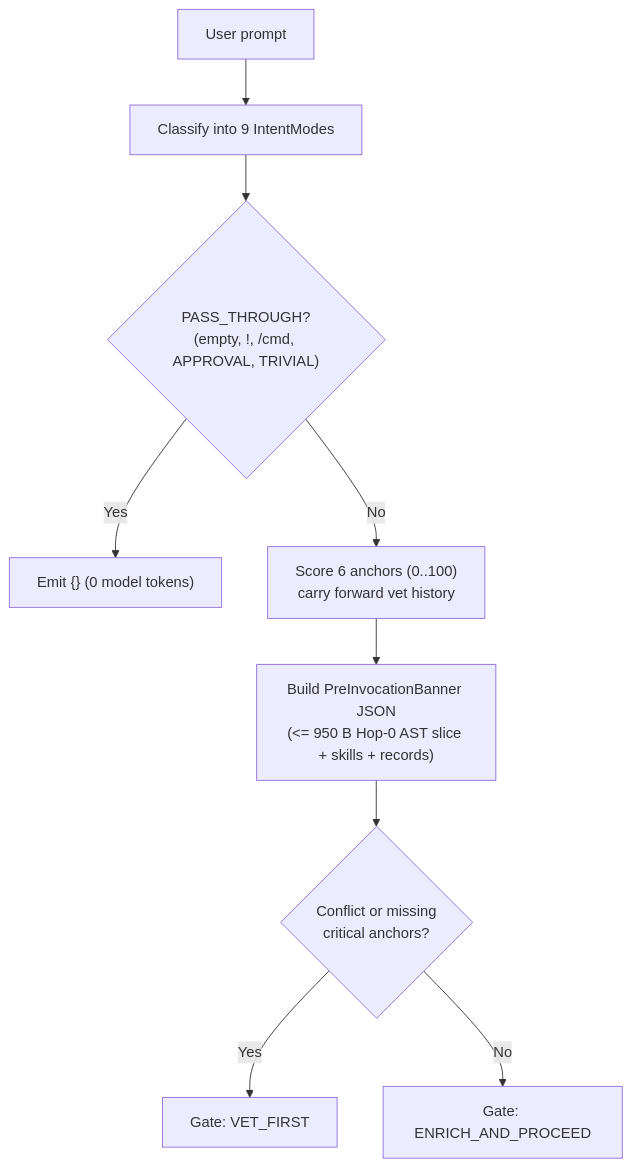
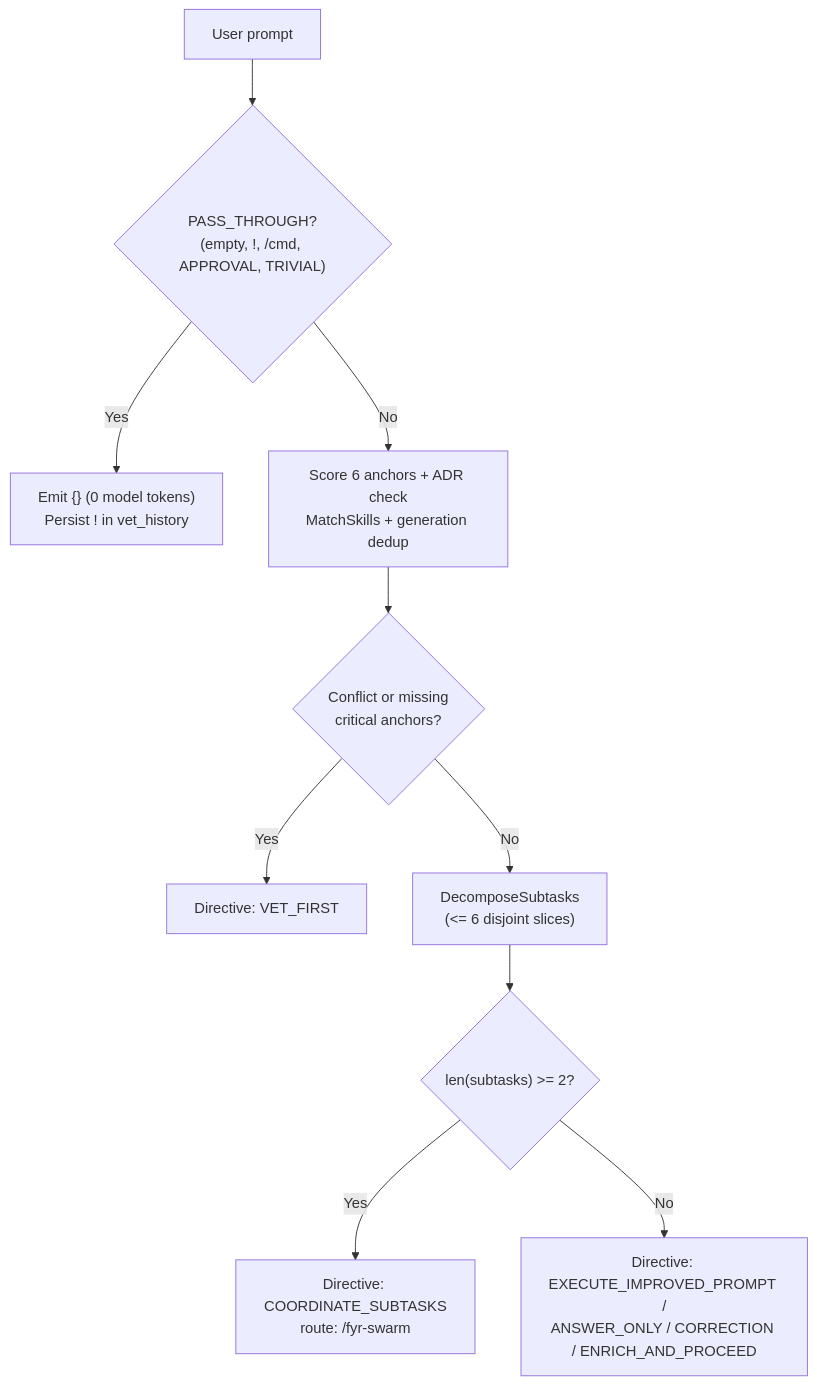
The third of 5 diagrams in features/hooks-and-ast-graph.md (kesokaj/fyr), drawn with Mermaid before and after one commit. The commit also changed other lines of this file and 1 other file, not shown here.

Commit message:
docs: document schema v7 coordinator pre-hooks and worker JIT capsule (Phase 3B)

````diff
--- a/features/hooks-and-ast-graph.md
+++ b/features/hooks-and-ast-graph.md
@@ -58,11 +58,12 @@
 ```mermaid
 flowchart TD
-    promptIn["User prompt"] --> classifyMode["Classify into 9 IntentModes"]
-    classifyMode --> trivialCheck{"PASS_THROUGH?\n(empty, !, /cmd, APPROVAL, TRIVIAL)"}
-    trivialCheck -- "Yes" --> emptyOut["Emit {} (0 model tokens)"]
-    trivialCheck -- "No" --> scoreTurn["Score 6 anchors (0..100)\ncarry forward vet history"]
-    scoreTurn --> enrichTurn["Build PreInvocationBanner JSON\n(<= 950 B Hop-0 AST slice + skills + records)"]
-    enrichTurn --> conflictGate{"Conflict or missing\ncritical anchors?"}
-    conflictGate -- "Yes" --> vetFirst["Gate: VET_FIRST"]
-    conflictGate -- "No" --> proceedGate["Gate: ENRICH_AND_PROCEED"]
+    promptIn["User prompt"] --> trivialCheck{"PASS_THROUGH?\n(empty, !, /cmd, APPROVAL, TRIVIAL)"}
+    trivialCheck -- "Yes" --> emptyOut["Emit {} (0 model tokens)\nPersist ! in vet_history"]
+    trivialCheck -- "No" --> scoreTurn["Score 6 anchors + ADR check\nMatchSkills + generation dedup"]
+    scoreTurn --> conflictGate{"Conflict or missing\ncritical anchors?"}
+    conflictGate -- "Yes" --> vetFirst["Directive: VET_FIRST"]
+    conflictGate -- "No" --> splitSub["DecomposeSubtasks\n(<= 6 disjoint slices)"]
+    splitSub --> multiCheck{"len(subtasks) >= 2?"}
+    multiCheck -- "Yes" --> coordDir["Directive: COORDINATE_SUBTASKS\nroute: /fyr-swarm"]
+    multiCheck -- "No" --> execDir["Directive: EXECUTE_IMPROVED_PROMPT /\nANSWER_ONLY / CORRECTION / ENRICH_AND_PROCEED"]
 ```
````
